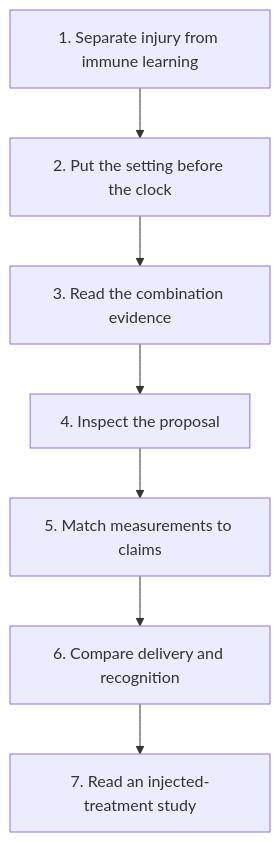
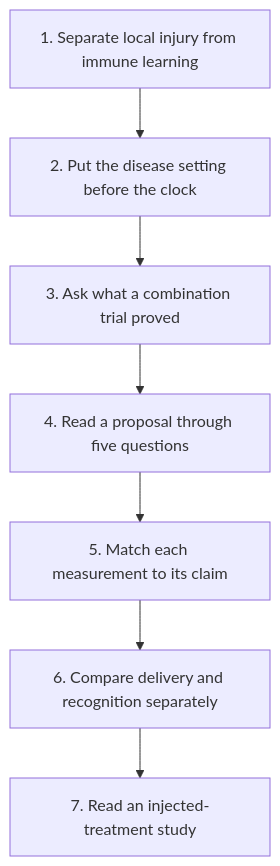
The diagram in wiki/education/guides/local-therapy-and-the-immune-system/index.md (jasonLaster/oncoguide), drawn with Mermaid before and after one commit. The commit also changed other lines of this file and 322 other files, not shown here.

````diff
--- a/wiki/education/guides/local-therapy-and-the-immune-system/index.md
+++ b/wiki/education/guides/local-therapy-and-the-immune-system/index.md
@@ -35,9 +35,9 @@
 ```mermaid
 flowchart TD
-  A[1. Separate injury from immune learning] --> B[2. Put the setting before the clock]
-  B --> C[3. Read the combination evidence]
-  C --> D[4. Inspect the proposal]
-  D --> E[5. Match measurements to claims]
-  E --> F[6. Compare delivery and recognition]
+  A[1. Separate local injury from immune learning] --> B[2. Put the disease setting before the clock]
+  B --> C[3. Ask what a combination trial proved]
+  C --> D[4. Read a proposal through five questions]
+  D --> E[5. Match each measurement to its claim]
+  E --> F[6. Compare delivery and recognition separately]
   F --> G[7. Read an injected-treatment study]
 ```
````
